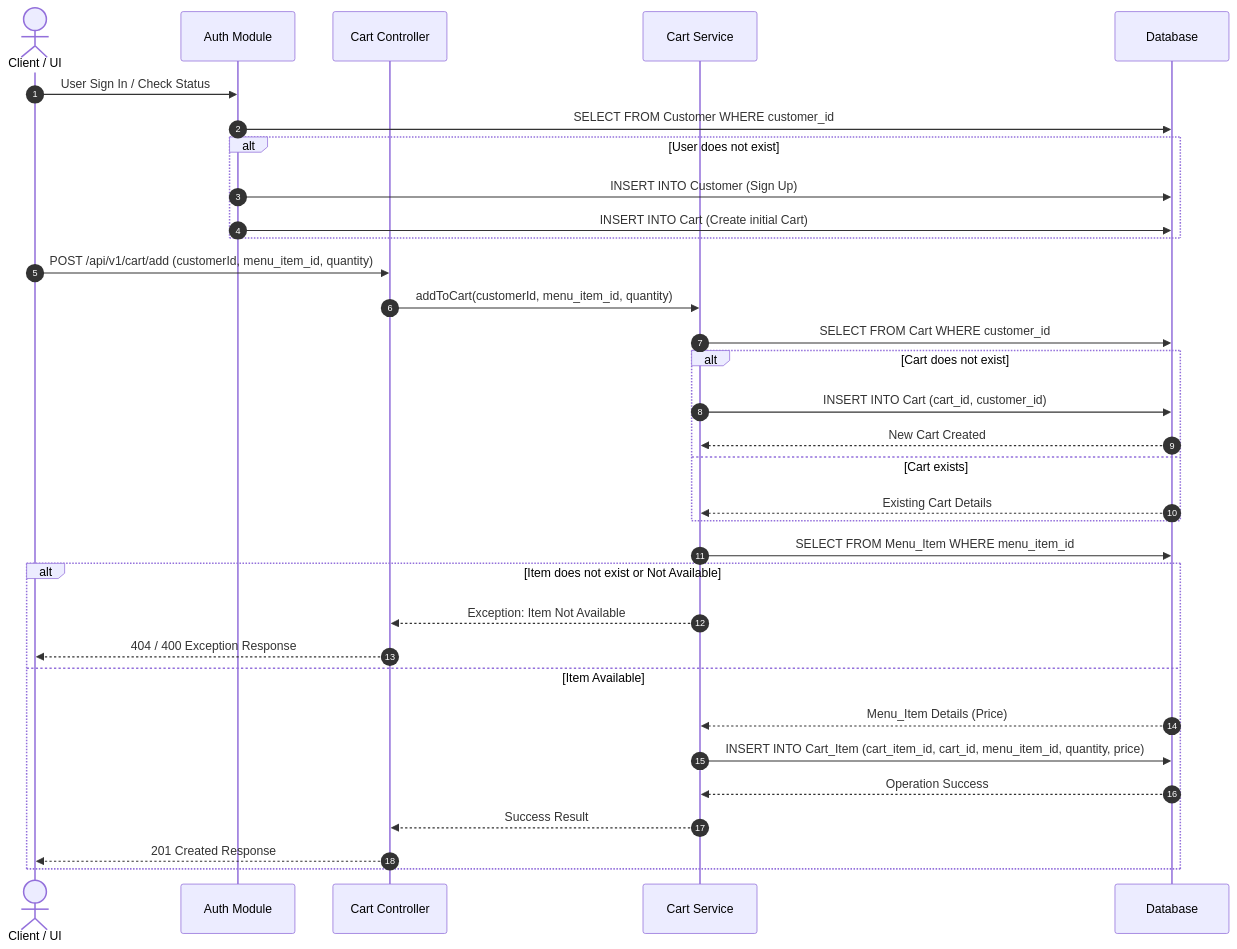
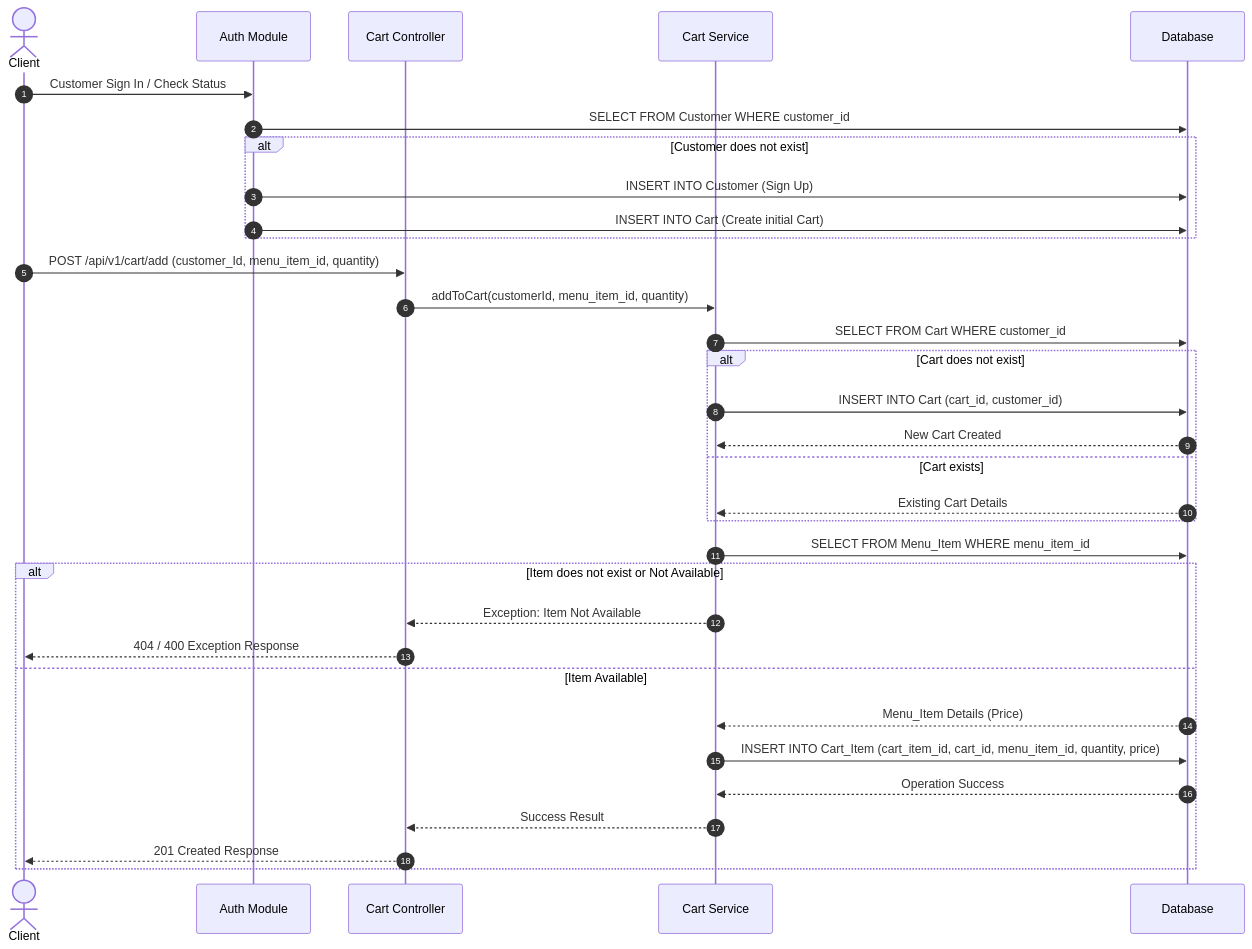
Before and after one commit to w2t-el-develop/food_delivery_api: the second of 4 diagrams in README.md, drawn with Mermaid. The commit also changed other lines of this file, not shown here.

````diff
--- a/README.md
+++ b/README.md
@@ -83,39 +83,39 @@
 ```mermaid
 sequenceDiagram
     autonumber
-    actor Client as Client / UI
+    actor Client as Client 
     participant Auth as Auth Module
     participant CartAPI as Cart Controller
     participant Service as Cart Service
     participant DB as Database
 
-    Client->>Auth: User Sign In / Check Status
+    Client->>Auth: Customer Sign In / Check Status
     Auth->>DB: SELECT FROM Customer WHERE customer_id
-    alt User does not exist
+    alt Customer does not exist
         Auth->>DB: INSERT INTO Customer (Sign Up)
         Auth->>DB: INSERT INTO Cart (Create initial Cart)
     end
 
-    Client->>CartAPI: POST /api/v1/cart/add (customerId, menu_item_id, quantity)
+    Client->>CartAPI: POST /api/v1/cart/add (customer_Id, menu_item_id, quantity)
     CartAPI->>Service: addToCart(customerId, menu_item_id, quantity)
     
     Service->>DB: SELECT FROM Cart WHERE customer_id
     alt Cart does not exist
         Service->>DB: INSERT INTO Cart (cart_id, customer_id)
         DB-->>Service: New Cart Created
     else Cart exists
         DB-->>Service: Existing Cart Details
     end
 
     Service->>DB: SELECT FROM Menu_Item WHERE menu_item_id
     alt Item does not exist or Not Available
         Service-->>CartAPI: Exception: Item Not Available
         CartAPI-->>Client: 404 / 400 Exception Response
     else Item Available
         DB-->>Service: Menu_Item Details (Price)
         Service->>DB: INSERT INTO Cart_Item (cart_item_id, cart_id, menu_item_id, quantity, price)
         DB-->>Service: Operation Success
         Service-->>CartAPI: Success Result
         CartAPI-->>Client: 201 Created Response
     end
 ```
````
